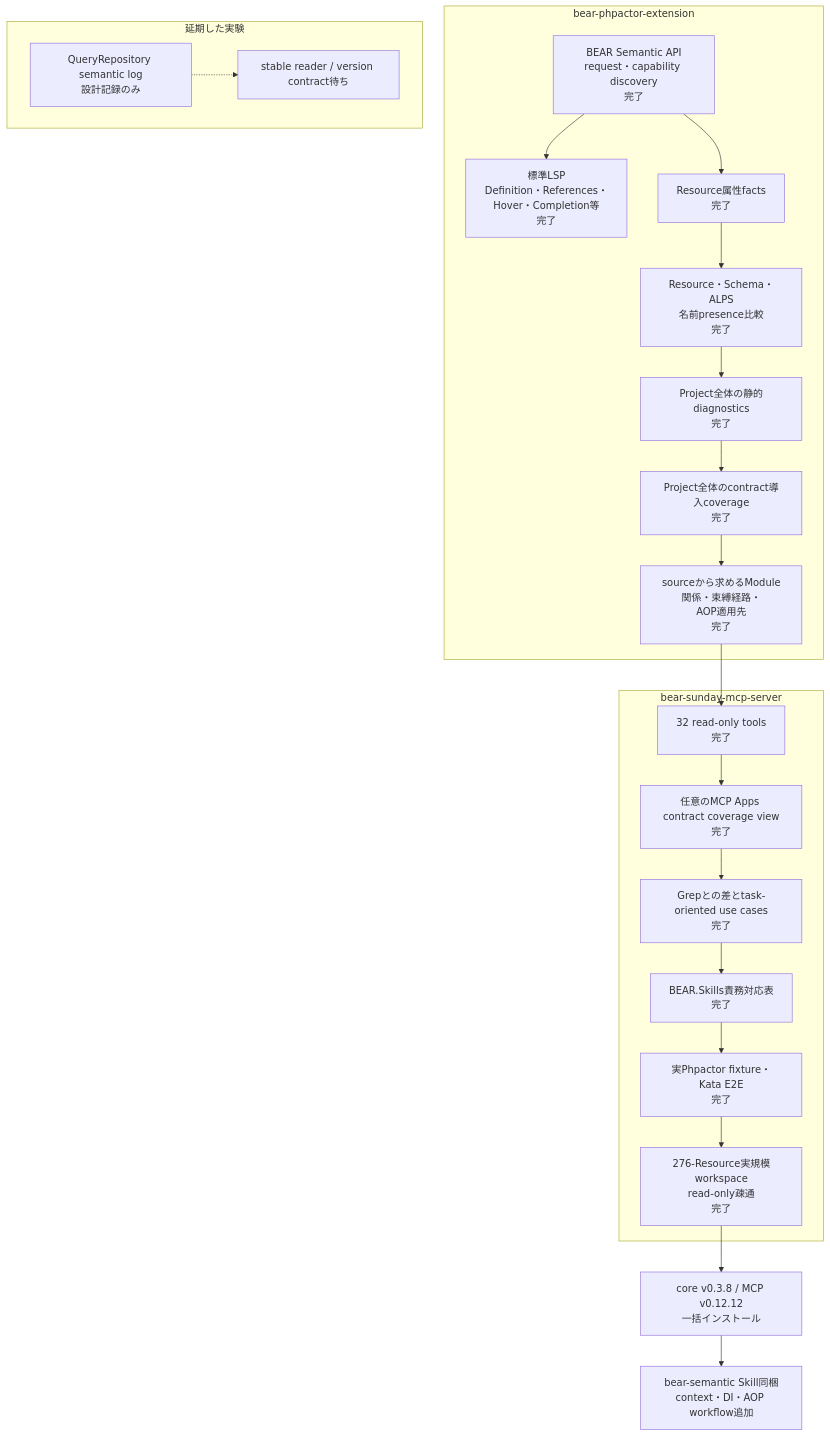
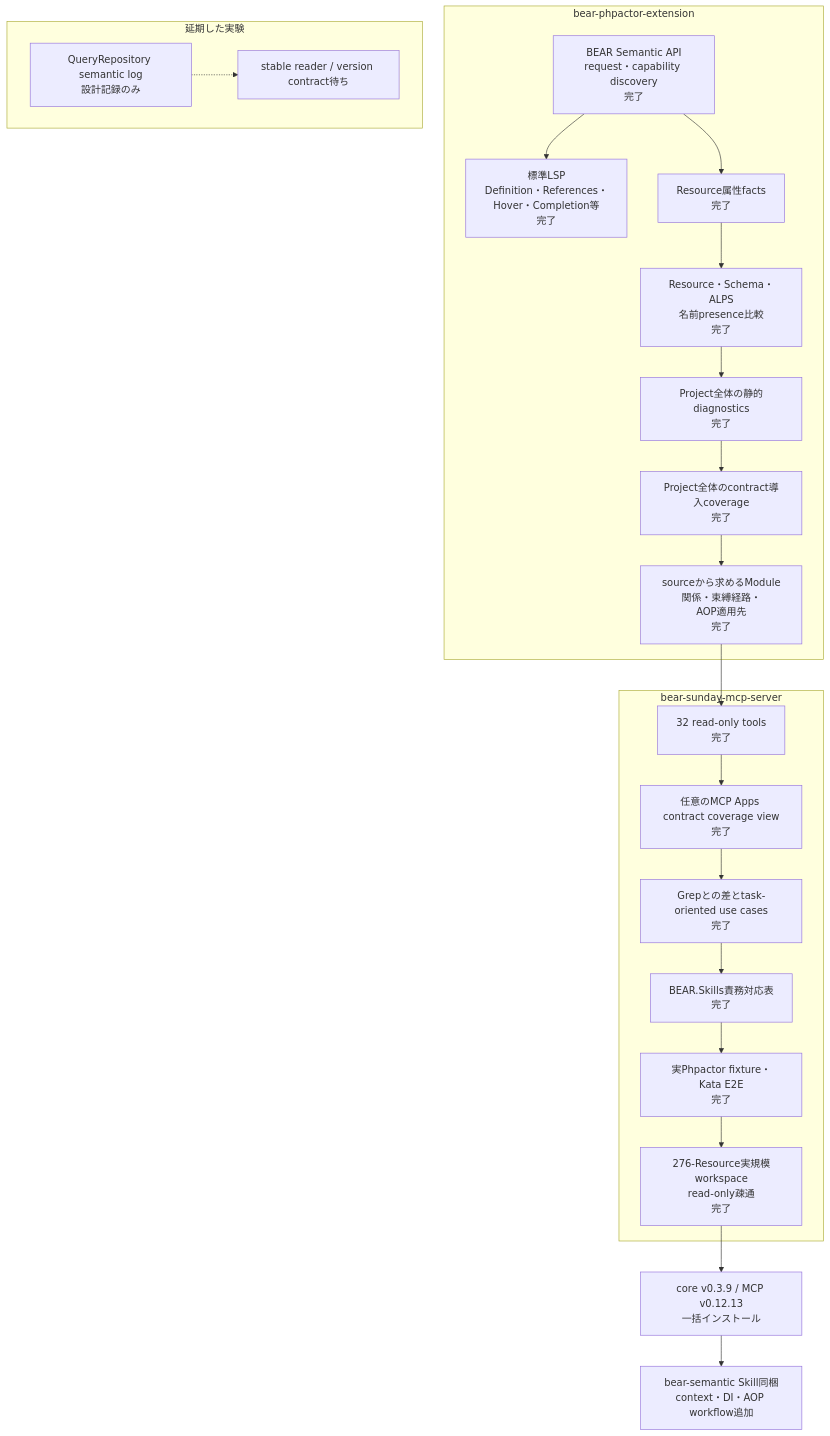
Before and after one commit to suzumaze/bear-sunday-mcp-server: the diagram in docs/project-status.ja.md, drawn with Mermaid. The commit also changed other lines of this file and 7 other files, not shown here.

````diff
--- a/docs/project-status.ja.md
+++ b/docs/project-status.ja.md
@@ -8,35 +8,35 @@
 ```mermaid
 flowchart TB
     subgraph Core["bear-phpactor-extension"]
         C1["BEAR Semantic API<br/>request・capability discovery<br/>完了"]
         C2["標準LSP<br/>Definition・References・Hover・Completion等<br/>完了"]
         C3["Resource属性facts<br/>完了"]
         C4["Resource・Schema・ALPS<br/>名前presence比較<br/>完了"]
         C5["Project全体の静的diagnostics<br/>完了"]
         C6["Project全体のcontract導入coverage<br/>完了"]
         C7["sourceから求めるModule関係・束縛経路・<br/>AOP適用先<br/>完了"]
         C1 --> C2
         C1 --> C3 --> C4 --> C5 --> C6 --> C7
     end
 
     subgraph MCP["bear-sunday-mcp-server"]
         M1["32 read-only tools<br/>完了"]
         M0["任意のMCP Apps contract coverage view<br/>完了"]
         M2["Grepとの差とtask-oriented use cases<br/>完了"]
         M3["BEAR.Skills責務対応表<br/>完了"]
         M4["実Phpactor fixture・Kata E2E<br/>完了"]
         M5["276-Resource実規模workspace<br/>read-only疎通<br/>完了"]
         M1 --> M0 --> M2 --> M3 --> M4 --> M5
     end
 
     C7 --> M1
 
     subgraph Deferred["延期した実験"]
         D1["QueryRepository semantic log<br/>設計記録のみ"]
         D2["stable reader / version contract待ち"]
         D1 -.-> D2
     end
 
-    M5 --> R1["core v0.3.8 / MCP v0.12.12<br/>一括インストール"]
+    M5 --> R1["core v0.3.9 / MCP v0.12.13<br/>一括インストール"]
     R1 --> S1["bear-semantic Skill同梱<br/>context・DI・AOP workflow追加"]
 ```
````
